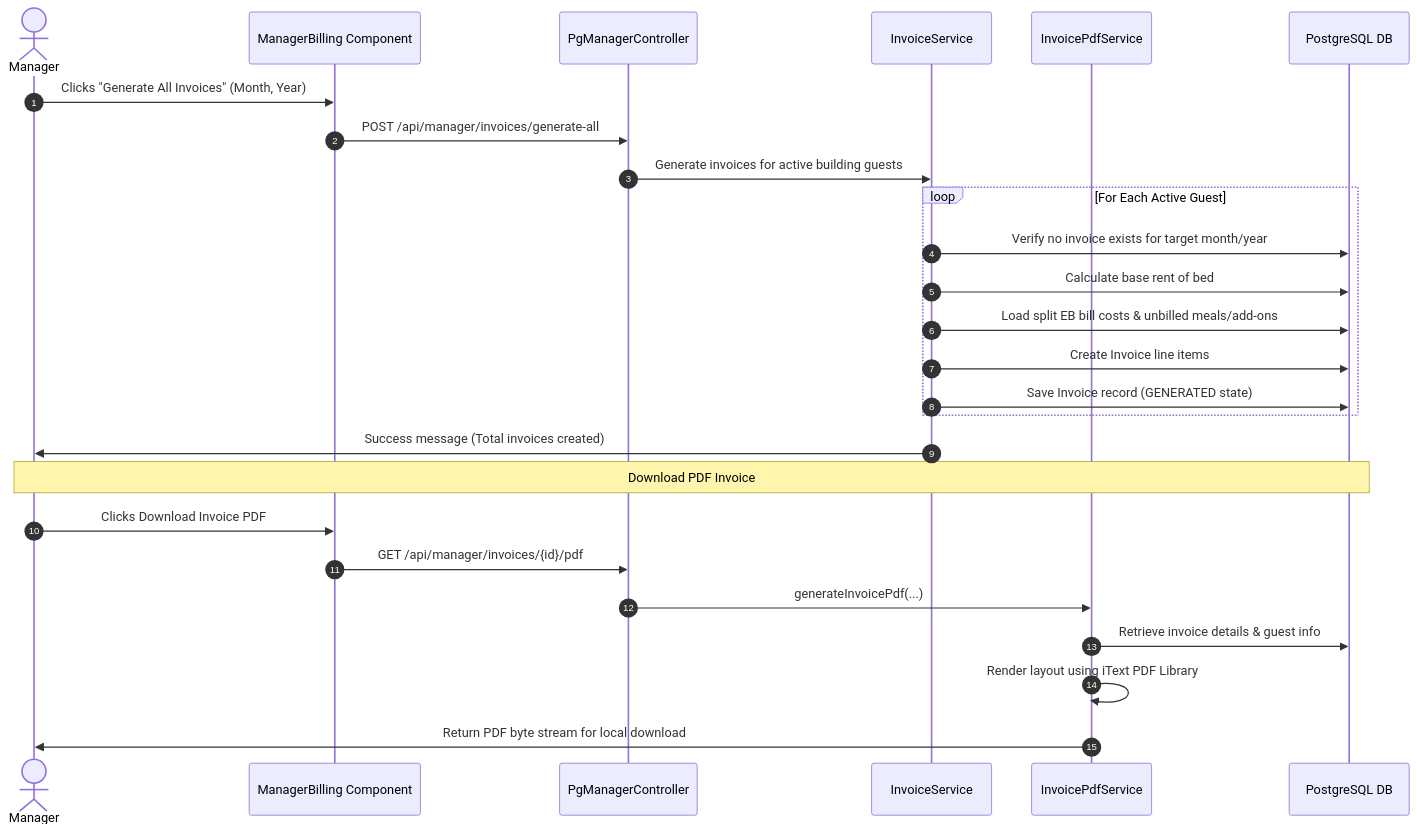
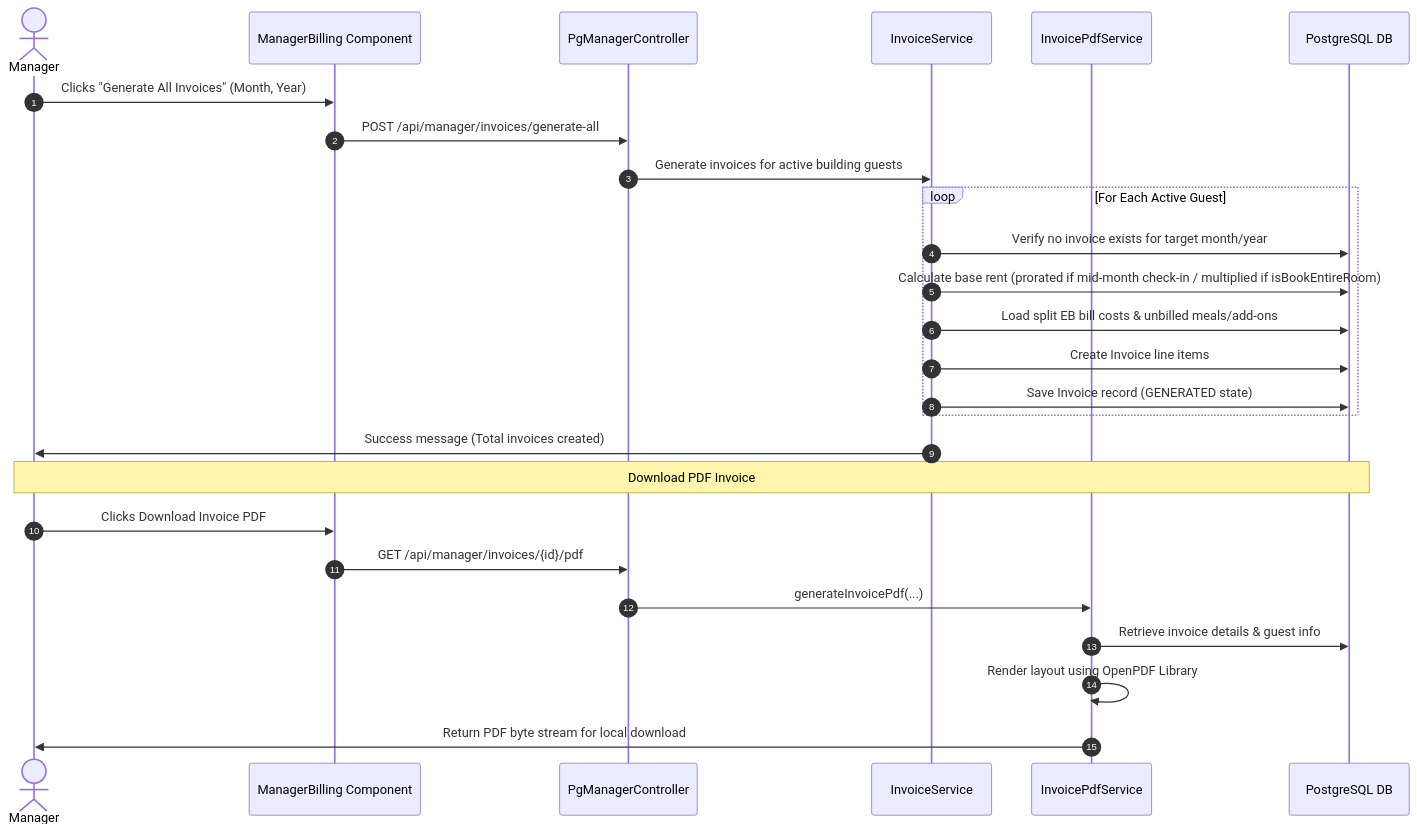
The sixth of 21 diagrams in docs/WORKFLOWS.md (rahul-0906/PG-Project), drawn with Mermaid before and after one commit. The commit also changed other lines of this file and 7 other files, not shown here.

Commit message:
Comprehensive documentation overhaul: update README, workflows, calculations, architecture registry, onboarding, and SOP files

````diff
--- a/docs/WORKFLOWS.md
+++ b/docs/WORKFLOWS.md
@@ -154,30 +170,30 @@
 ```mermaid
 sequenceDiagram
     autonumber
     actor Manager
     participant App as ManagerBilling Component
     participant Controller as PgManagerController
     participant Service as InvoiceService
     participant PDF as InvoicePdfService
     participant DB as PostgreSQL DB
 
     Manager->>App: Clicks "Generate All Invoices" (Month, Year)
     App->>Controller: POST /api/manager/invoices/generate-all
     Controller->>Service: Generate invoices for active building guests
     loop For Each Active Guest
         Service->>DB: Verify no invoice exists for target month/year
-        Service->>DB: Calculate base rent of bed
+        Service->>DB: Calculate base rent (prorated if mid-month check-in / multiplied if isBookEntireRoom)
         Service->>DB: Load split EB bill costs & unbilled meals/add-ons
         Service->>DB: Create Invoice line items
         Service->>DB: Save Invoice record (GENERATED state)
     end
     Service->>Manager: Success message (Total invoices created)
     
     Note over Manager, DB: Download PDF Invoice
     Manager->>App: Clicks Download Invoice PDF
     App->>Controller: GET /api/manager/invoices/{id}/pdf
     Controller->>PDF: generateInvoicePdf(...)
     PDF->>DB: Retrieve invoice details & guest info
-    PDF->>PDF: Render layout using iText PDF Library
+    PDF->>PDF: Render layout using OpenPDF Library
     PDF->>Manager: Return PDF byte stream for local download
 ```
````
